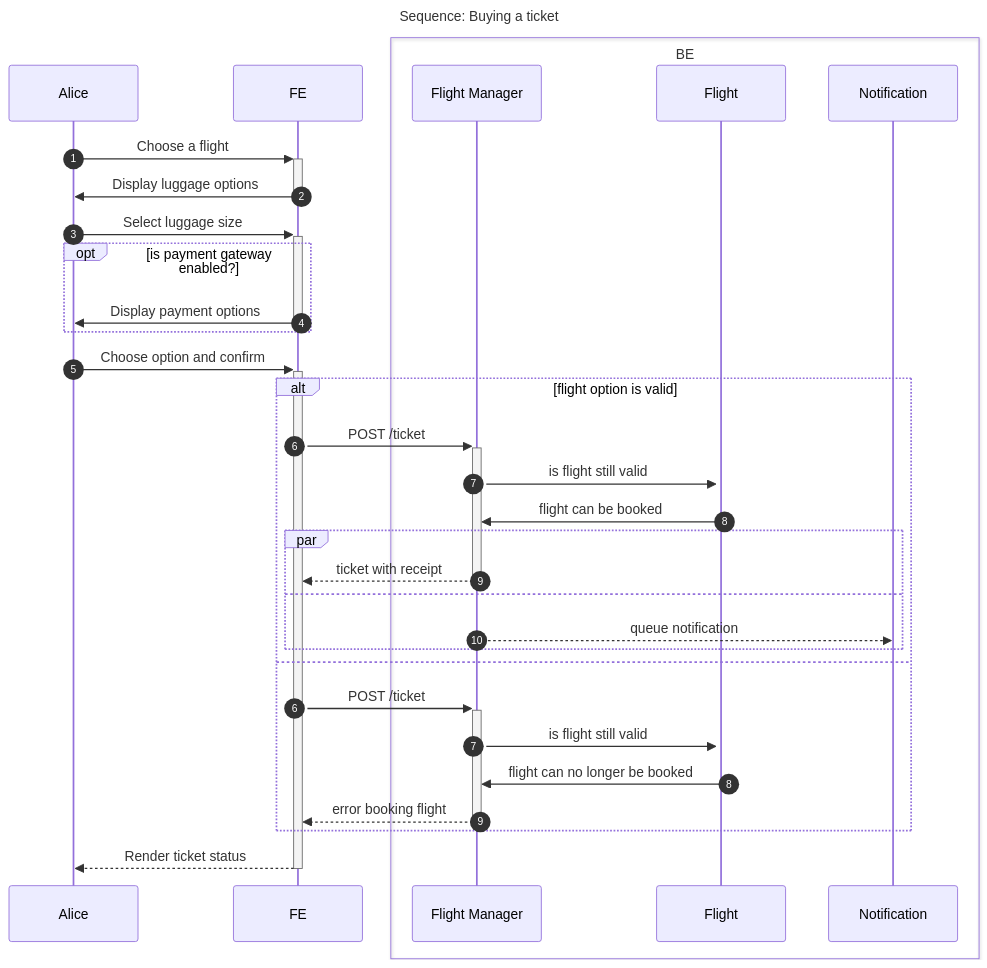
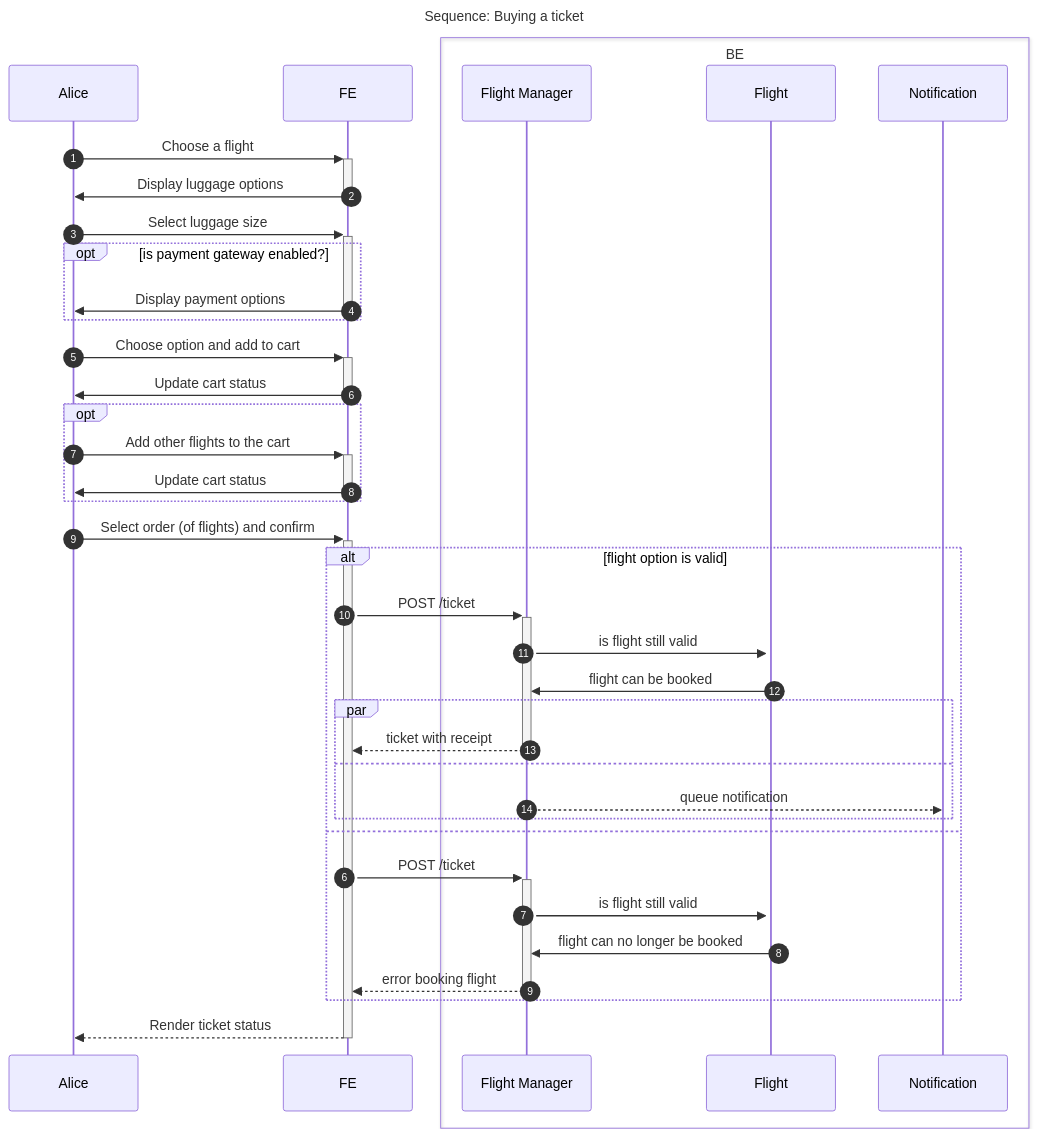
The diagram in doc/uml/sequence.buying-ticket.mermaid (cm0639-group3/architecture), drawn with Mermaid before and after one commit. The commit also changed 1 other file, not shown here.

Commit message:
ARC-DOC-002: update buying ticket sequence diagram

```diff
--- a/doc/uml/sequence.buying-ticket.mermaid
+++ b/doc/uml/sequence.buying-ticket.mermaid
@@ -1,37 +1,43 @@
 sequenceDiagram
     Title Sequence: Buying a ticket
     autonumber
     Alice->>+FE: Choose a flight
     FE->>-Alice: Display luggage options
     Alice->>+FE: Select luggage size
     opt is payment gateway enabled?
     FE->>-Alice: Display payment options
     end
-    Alice->>+FE: Choose option and confirm
+    Alice->>+FE: Choose option and add to cart
+    FE->>-Alice: Update cart status
+    opt 
+    Alice->>+FE: Add other flights to the cart
+    FE->>-Alice: Update cart status
+    end
+    Alice->>+FE: Select order (of flights) and confirm
     autonumber off
     alt flight option is valid 
     autonumber
     FE->>+Flight Manager: POST /ticket
     Flight Manager->>+Flight: is flight still valid
     Flight->>Flight Manager: flight can be booked
     %% over here an interaction with a payment gateway would
     %% valid user payment details
     par 
     Flight Manager-->>-FE: ticket with receipt
     and
     Flight Manager-->>Notification: queue notification
     end
     else 
     autonumber 6
     FE->>+Flight Manager: POST /ticket
     Flight Manager->>+Flight: is flight still valid
     Flight->>Flight Manager: flight can no longer be booked
     Flight Manager-->>-FE: error booking flight
     end
     autonumber off
     FE-->>-Alice: Render ticket status
     box BE
     participant Flight Manager
     participant Flight
     participant Notification
     end
```
